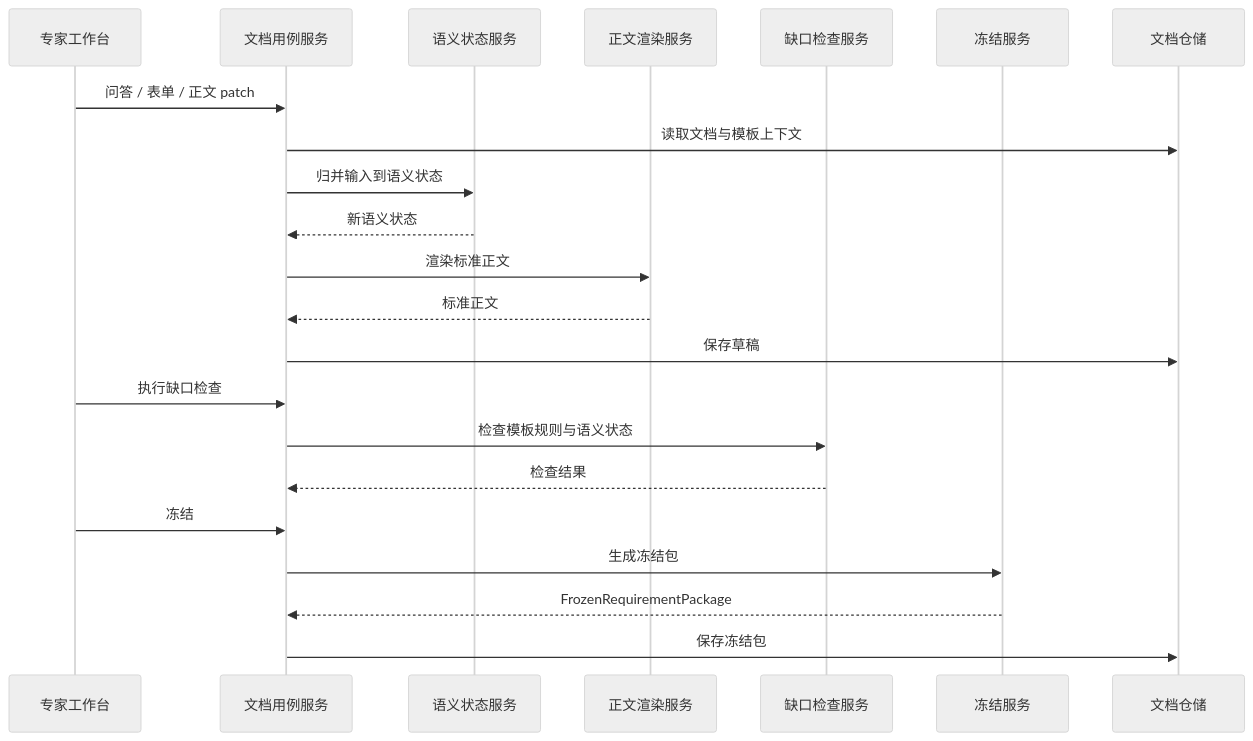
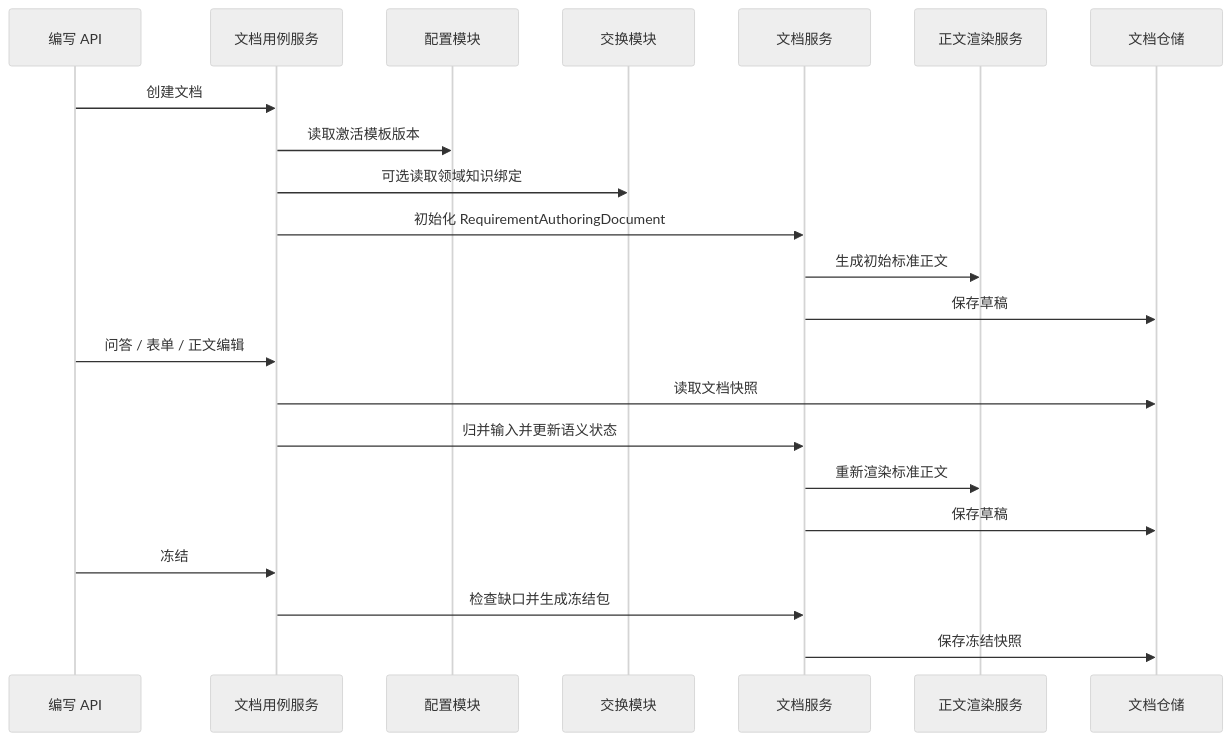
One commit to wgwtest/CodeFactoryV2 changed the seventh of 34 diagrams in DOC/CODEX_DOC/02_设计说明/P2_需求分析系统/P2-需求分析系统设计.md. Above: the diagram before and after it, drawn with Mermaid (neutral theme). The commit also changed other lines of this file, not shown here.

````diff
--- a/DOC/CODEX_DOC/02_设计说明/P2_需求分析系统/P2-需求分析系统设计.md
+++ b/DOC/CODEX_DOC/02_设计说明/P2_需求分析系统/P2-需求分析系统设计.md
@@ -788,25 +738,25 @@
 ```mermaid
 sequenceDiagram
-  participant Web as 专家工作台
+  participant API as 编写 API
   participant App as 文档用例服务
-  participant Sem as 语义状态服务
+  participant Template as 配置模块
+  participant Exchange as 交换模块
+  participant Doc as 文档服务
   participant Render as 正文渲染服务
-  participant Check as 缺口检查服务
-  participant Freeze as 冻结服务
   participant Repo as 文档仓储
 
-  Web->>App: 问答 / 表单 / 正文 patch
-  App->>Repo: 读取文档与模板上下文
-  App->>Sem: 归并输入到语义状态
-  Sem-->>App: 新语义状态
-  App->>Render: 渲染标准正文
-  Render-->>App: 标准正文
-  App->>Repo: 保存草稿
-  Web->>App: 执行缺口检查
-  App->>Check: 检查模板规则与语义状态
-  Check-->>App: 检查结果
-  Web->>App: 冻结
-  App->>Freeze: 生成冻结包
-  Freeze-->>App: FrozenRequirementPackage
-  App->>Repo: 保存冻结包
+  API->>App: 创建文档
+  App->>Template: 读取激活模板版本
+  App->>Exchange: 可选读取领域知识绑定
+  App->>Doc: 初始化 RequirementAuthoringDocument
+  Doc->>Render: 生成初始标准正文
+  Doc->>Repo: 保存草稿
+  API->>App: 问答 / 表单 / 正文编辑
+  App->>Repo: 读取文档快照
+  App->>Doc: 归并输入并更新语义状态
+  Doc->>Render: 重新渲染标准正文
+  Doc->>Repo: 保存草稿
+  API->>App: 冻结
+  App->>Doc: 检查缺口并生成冻结包
+  Doc->>Repo: 保存冻结快照
 ```
````
